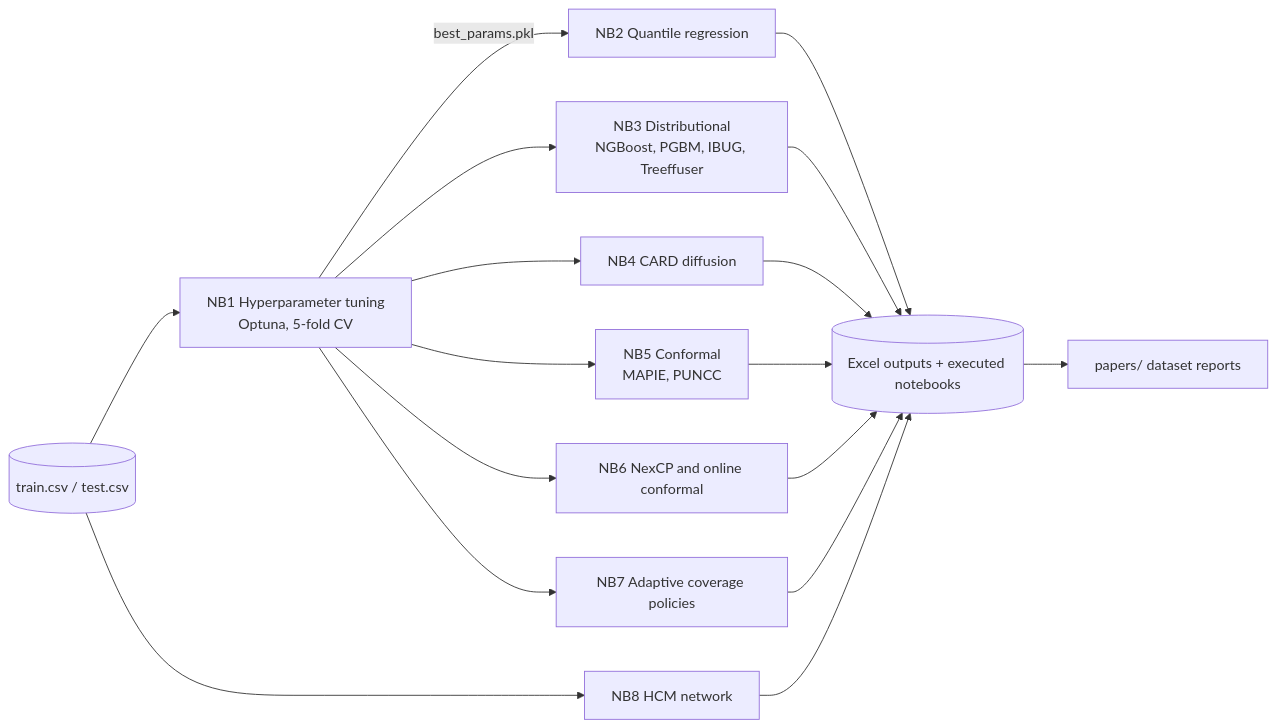
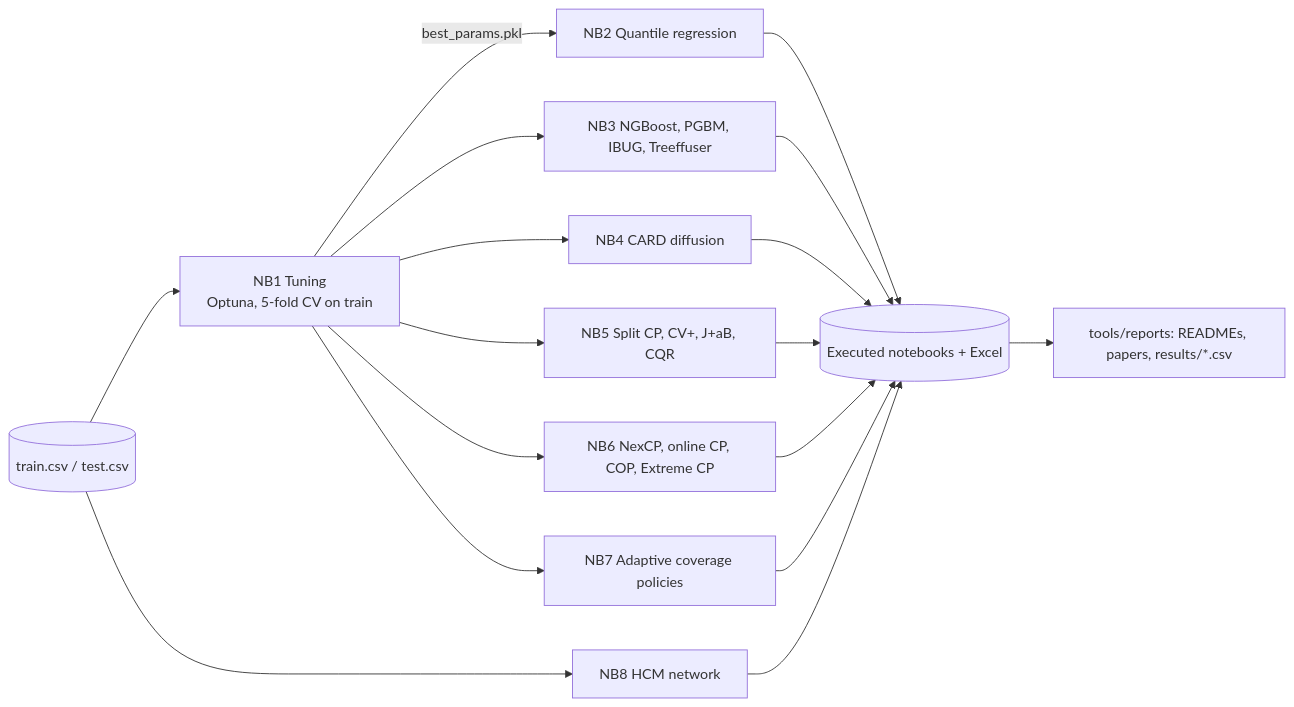
One commit to DaneshSelwal/Regression-UQ-Benchmark changed the diagram in README.md. Above: the diagram before and after it, drawn with Mermaid. The commit also changed other lines of this file and 220 other files, not shown here.

First line of the commit message:
v2.0 presentation: DIAS-style README, long-form papers, benchmark paper, method guides, phase READMEs

````diff
--- a/README.md
+++ b/README.md
@@ -142,13 +127,19 @@
 ```mermaid
 flowchart LR
-    D[(train.csv / test.csv)] --> T[NB1 Hyperparameter tuning<br/>Optuna, 5-fold CV]
-    T -- best_params.pkl --> Q[NB2 Quantile regression]
-    T --> P[NB3 Distributional<br/>NGBoost, PGBM, IBUG, Treeffuser]
-    T --> C[NB4 CARD diffusion]
-    T --> M[NB5 Conformal<br/>MAPIE, PUNCC]
-    T --> N[NB6 NexCP and online conformal]
-    T --> A[NB7 Adaptive coverage policies]
-    D --> H[NB8 HCM network]
-    Q & P & C & M & N & A & H --> X[(Excel outputs + executed notebooks)]
-    X --> R[papers/ dataset reports]
+    D[("train.csv / test.csv")] --> T["NB1 Tuning<br/>Optuna, 5-fold CV on train"]
+    T -- best_params.pkl --> Q["NB2 Quantile regression"]
+    T --> P["NB3 NGBoost, PGBM, IBUG, Treeffuser"]
+    T --> C["NB4 CARD diffusion"]
+    T --> M["NB5 Split CP, CV+, J+aB, CQR"]
+    T --> N["NB6 NexCP, online CP, COP, Extreme CP"]
+    T --> A["NB7 Adaptive coverage policies"]
+    D --> H["NB8 HCM network"]
+    Q --> X[("Executed notebooks + Excel")]
+    P --> X
+    C --> X
+    M --> X
+    N --> X
+    A --> X
+    H --> X
+    X --> R["tools/reports: READMEs, papers, results/*.csv"]
 ```
````
